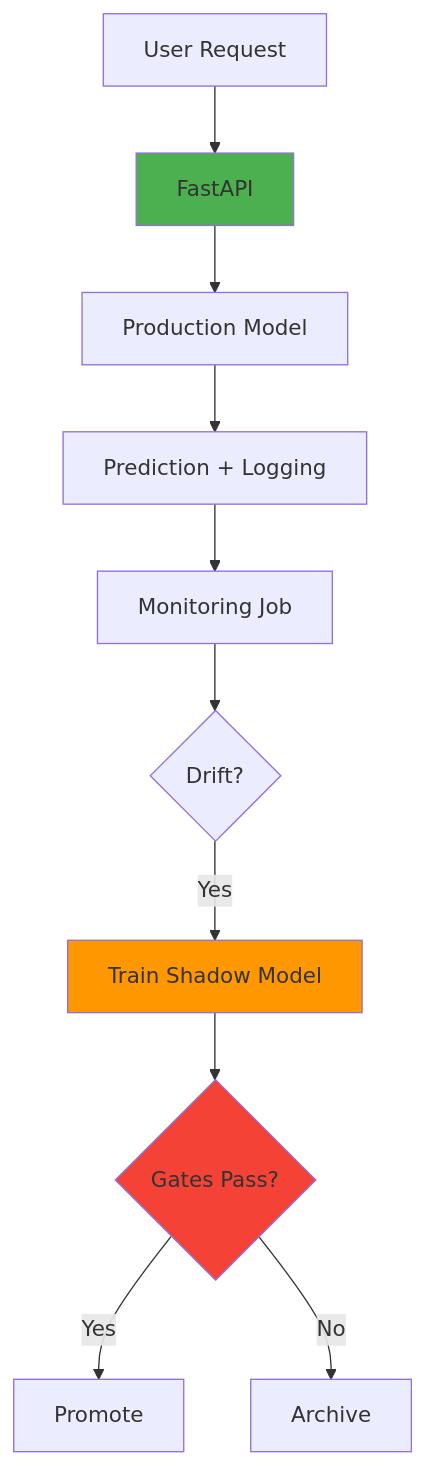
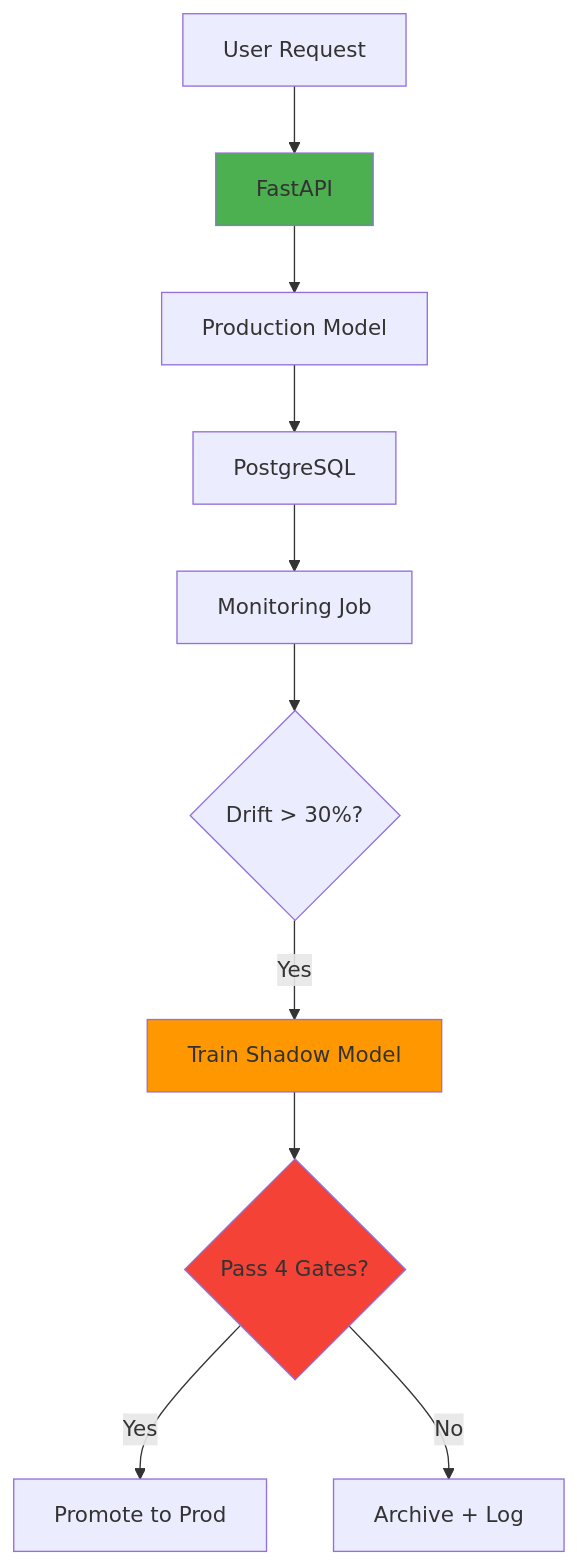
One commit to Nimish1106/self-healing-mlops changed the diagram in README.md. Above: the diagram before and after it, drawn with Mermaid. The commit also changed other lines of this file and 4 other files, not shown here.

````diff
--- a/README.md
+++ b/README.md
@@ -102,18 +51,18 @@
 ```mermaid
 graph TB
     A[User Request] --> B[FastAPI]
     B --> C[Production Model]
-    C --> D[Prediction + Logging]
+    C --> D[PostgreSQL]
 
-    E[Monitoring Job] --> F{Drift?}
+    E[Monitoring Job] --> F{Drift > 30%?}
     F -->|Yes| G[Train Shadow Model]
-    G --> H{Gates Pass?}
-    H -->|Yes| I[Promote]
-    H -->|No| J[Archive]
+    G --> H{Pass 4 Gates?}
+    H -->|Yes| I[Promote to Prod]
+    H -->|No| J[Archive + Log]
 
     D --> E
 
     style B fill:#4CAF50
     style G fill:#FF9800
     style H fill:#F44336
 ```
````
